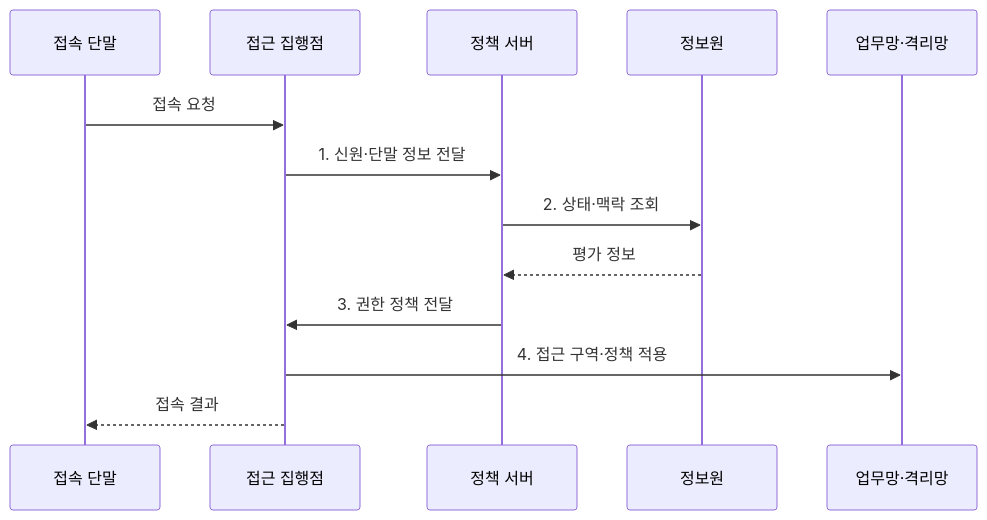
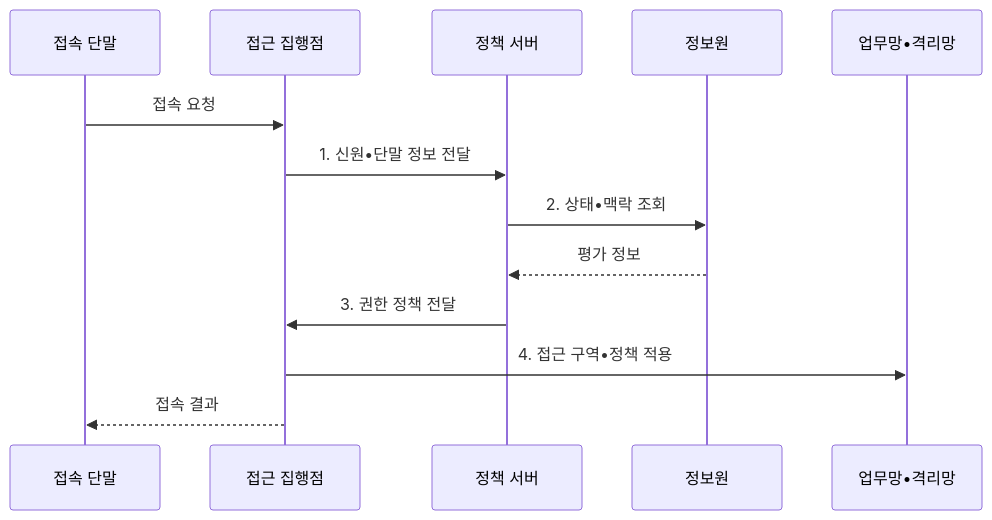
One commit to agnusdei1207/knowledge-base changed the second of 2 diagrams in src/content/docs/notes/04-network/114_network_access_control.md. Above: the diagram before and after it, drawn with Mermaid. The commit also changed other lines of this file and 953 other files, not shown here.

````diff
--- a/src/content/docs/notes/04-network/114_network_access_control.md
+++ b/src/content/docs/notes/04-network/114_network_access_control.md
@@ -104,15 +104,15 @@
 ```mermaid
 sequenceDiagram
   participant E as 접속 단말
   participant P as 접근 집행점
   participant S as 정책 서버
   participant I as 정보원
-  participant N as 업무망·격리망
+  participant N as 업무망•격리망
   E->>P: 접속 요청
-  P->>S: 1. 신원·단말 정보 전달
-  S->>I: 2. 상태·맥락 조회
+  P->>S: 1. 신원•단말 정보 전달
+  S->>I: 2. 상태•맥락 조회
   I-->>S: 평가 정보
   S->>P: 3. 권한 정책 전달
-  P->>N: 4. 접근 구역·정책 적용
+  P->>N: 4. 접근 구역•정책 적용
   P-->>E: 접속 결과
 ```
````
